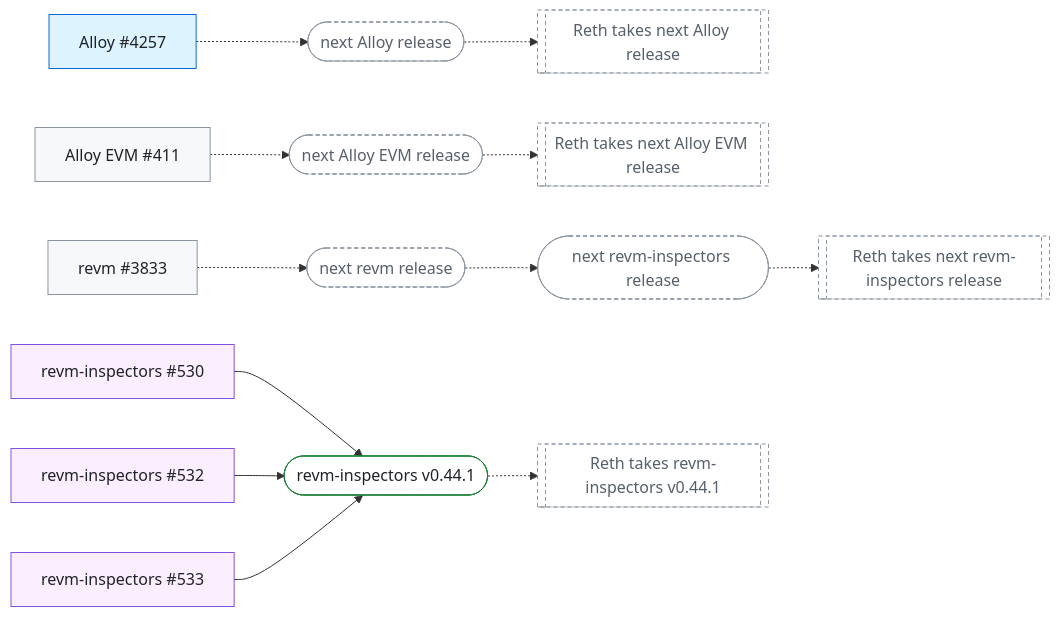
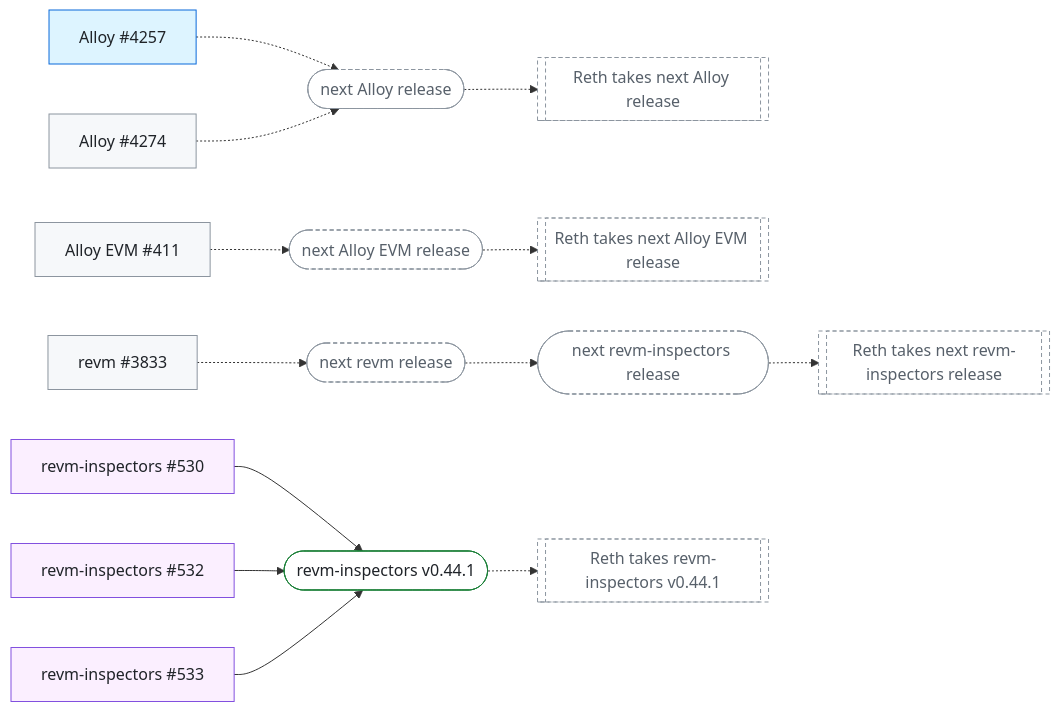
Before and after one commit to banteg/trace-interop: the second of 2 diagrams in docs/client-fixes.md, drawn with Mermaid. The commit also changed other lines of this file and 7 other files, not shown here.

````diff
--- a/docs/client-fixes.md
+++ b/docs/client-fixes.md
@@ -129,34 +129,36 @@
 ```mermaid
 flowchart LR
   Alloy_4257["Alloy #4257"]:::merged
   next_Alloy_release(["next Alloy release"]):::pending
   Reth_takes_next_Alloy_release[["Reth takes next Alloy release"]]:::pending
+  Alloy_4274["Alloy #4274"]:::open
   Alloy_EVM_411["Alloy EVM #411"]:::open
   next_Alloy_EVM_release(["next Alloy EVM release"]):::pending
   Reth_takes_next_Alloy_EVM_release[["Reth takes next Alloy EVM release"]]:::pending
   revm_3833["revm #3833"]:::open
   next_revm_release(["next revm release"]):::pending
   next_revm_inspectors_release(["next revm-inspectors release"]):::pending
   Reth_takes_next_revm_inspectors_release[["Reth takes next revm-inspectors release"]]:::pending
   revm_inspectors_530["revm-inspectors #530"]:::released
   revm_inspectors_v0_44_1(["revm-inspectors v0.44.1"]):::done
   Reth_takes_revm_inspectors_v0_44_1[["Reth takes revm-inspectors v0.44.1"]]:::pending
   revm_inspectors_532["revm-inspectors #532"]:::released
   revm_inspectors_533["revm-inspectors #533"]:::released
   Alloy_4257 -.-> next_Alloy_release
   next_Alloy_release -.-> Reth_takes_next_Alloy_release
+  Alloy_4274 -.-> next_Alloy_release
   Alloy_EVM_411 -.-> next_Alloy_EVM_release
   next_Alloy_EVM_release -.-> Reth_takes_next_Alloy_EVM_release
   revm_3833 -.-> next_revm_release
   next_revm_release -.-> next_revm_inspectors_release
   next_revm_inspectors_release -.-> Reth_takes_next_revm_inspectors_release
   revm_inspectors_530 --> revm_inspectors_v0_44_1
   revm_inspectors_v0_44_1 -.-> Reth_takes_revm_inspectors_v0_44_1
   revm_inspectors_532 --> revm_inspectors_v0_44_1
   revm_inspectors_533 --> revm_inspectors_v0_44_1
   classDef open fill:#f6f8fa,stroke:#8c959f,color:#1f2328
   classDef merged fill:#ddf4ff,stroke:#0969da,color:#1f2328
   classDef released fill:#fbefff,stroke:#8250df,color:#1f2328
   classDef done fill:#ffffff,stroke:#1a7f37,color:#1f2328
   classDef pending fill:#ffffff,stroke:#8c959f,stroke-dasharray:4 3,color:#57606a
 ```
````
